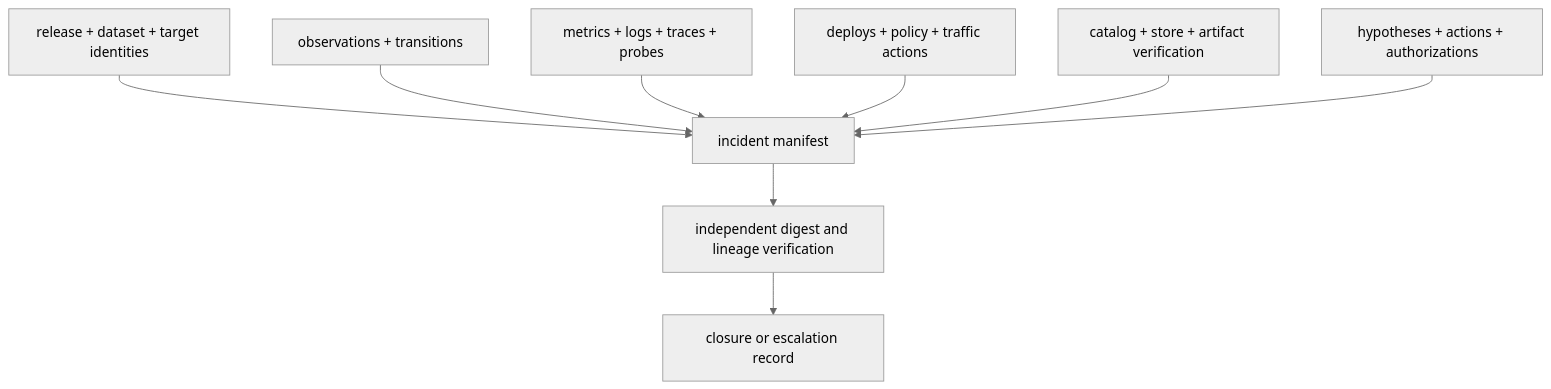
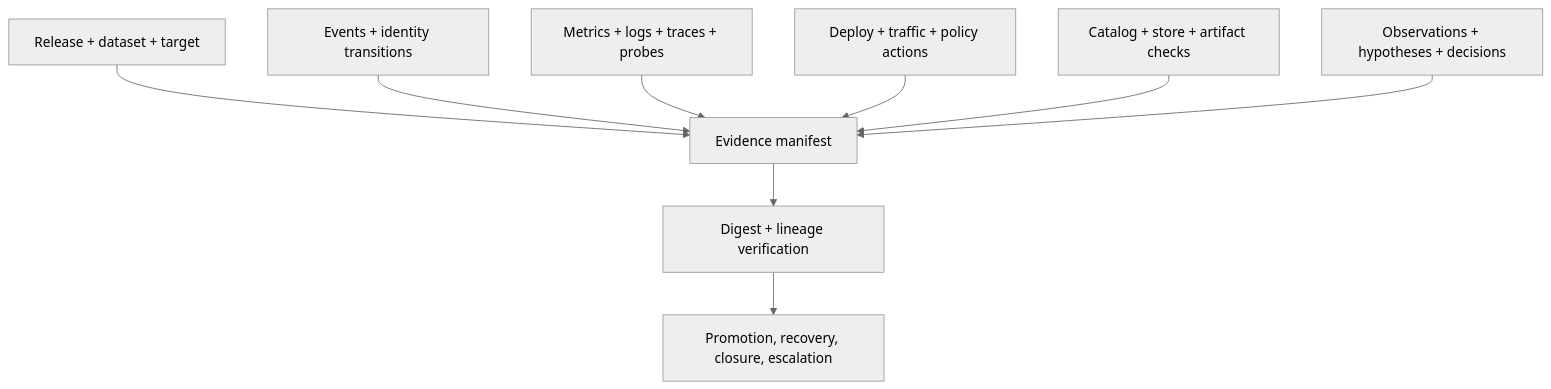
One commit to bijux/bijux-atlas changed the diagram in docs/bijux-atlas-ops/observability/operational-evidence-reports.md. Above: the diagram before and after it, drawn with Mermaid (neutral theme). The commit also changed other lines of this file and 1 other file, not shown here.

Commit message:
docs(incidents): preserve authority and evidence custody

````diff
--- a/docs/bijux-atlas-ops/observability/operational-evidence-reports.md
+++ b/docs/bijux-atlas-ops/observability/operational-evidence-reports.md
@@ -65,11 +29,11 @@
 ```mermaid
 flowchart TD
-    Identity["release + dataset + target identities"] --> Manifest["incident manifest"]
-    Timeline["observations + transitions"] --> Manifest
-    Signals["metrics + logs + traces + probes"] --> Manifest
-    Changes["deploys + policy + traffic actions"] --> Manifest
-    Integrity["catalog + store + artifact verification"] --> Manifest
-    Decisions["hypotheses + actions + authorizations"] --> Manifest
-    Manifest --> Verify["independent digest and lineage verification"]
-    Verify --> Closure["closure or escalation record"]
+    Identity[Release + dataset + target] --> Manifest[Evidence manifest]
+    Timeline[Events + identity transitions] --> Manifest
+    Signals[Metrics + logs + traces + probes] --> Manifest
+    Changes[Deploy + traffic + policy actions] --> Manifest
+    Integrity[Catalog + store + artifact checks] --> Manifest
+    Ledger[Observations + hypotheses + decisions] --> Manifest
+    Manifest --> Verify[Digest + lineage verification]
+    Verify --> Decision[Promotion, recovery, closure, escalation]
 ```
````
